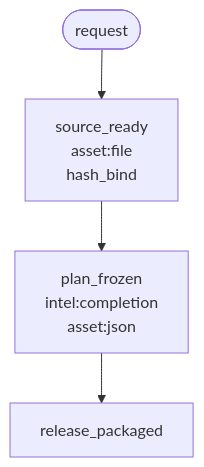
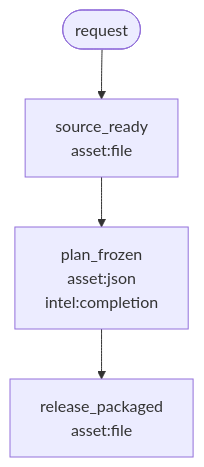
The diagram in README.md (dse120071750/m8m-harness-builder), drawn with Mermaid before and after one commit. The commit also changed other lines of this file and 1 other file, not shown here.

First line of the commit message:
Rewrite GitHub README: problem, solution, FlowStep table, harness chart.

````diff
--- a/README.md
+++ b/README.md
@@ -55,6 +75,7 @@
 ```mermaid
 flowchart TD
     request([request]) --> source_ready
-    source_ready["source_ready<br/>asset:file<br/>hash_bind"] --> plan_frozen
-    plan_frozen["plan_frozen<br/>intel:completion<br/>asset:json"] --> release_packaged
+    source_ready["source_ready<br/>asset:file"] --> plan_frozen
+    plan_frozen["plan_frozen<br/>asset:json<br/>intel:completion"] --> release_packaged
+    release_packaged["release_packaged<br/>asset:file"]
 ```
````
